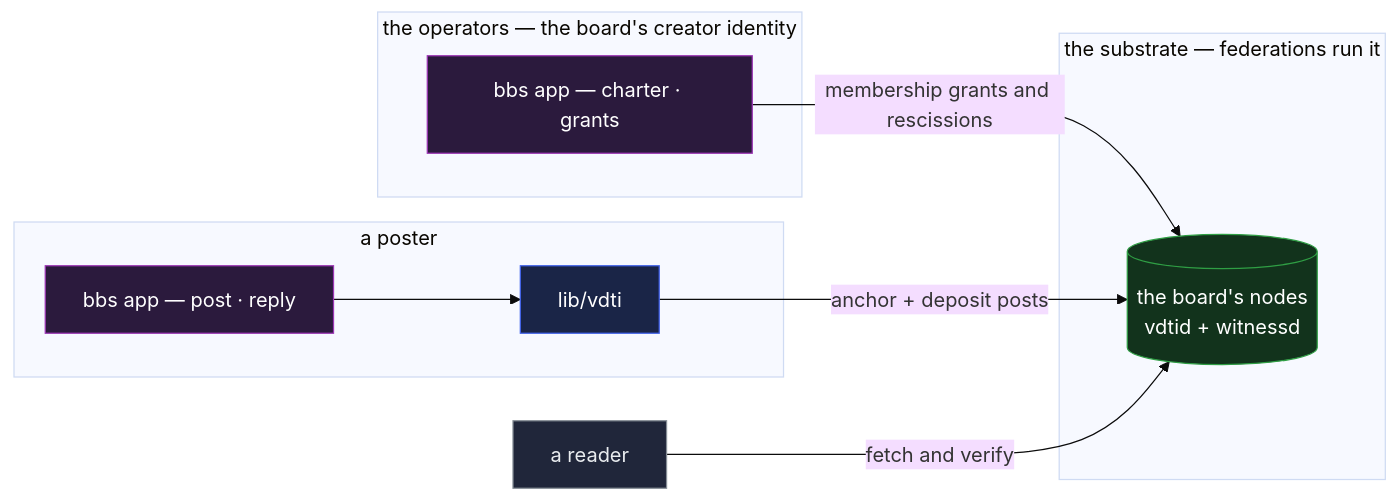
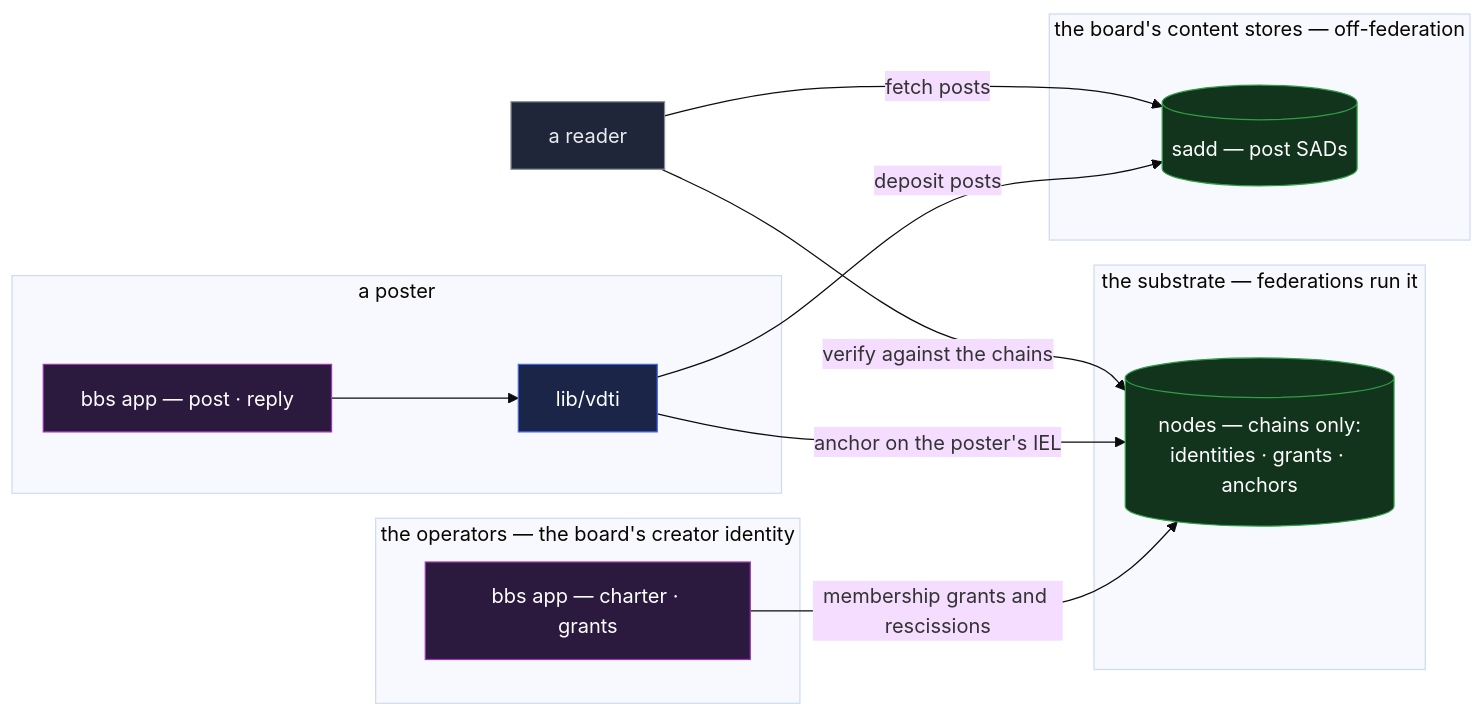
Before and after one commit to jasoncolburne/vdti: the diagram in docs/design/example-applications/bbs.md, drawn with Mermaid (base theme). The commit also changed other lines of this file and 79 other files, not shown here.

````diff
--- a/docs/design/example-applications/bbs.md
+++ b/docs/design/example-applications/bbs.md
@@ -11,21 +11,27 @@
 ```mermaid
 flowchart LR
   subgraph ops["the operators — the board's creator identity"]
     oapp["bbs app — charter · grants"]:::app
   end
   subgraph member["a poster"]
     papp["bbs app — post · reply"]:::app
     plib["lib/vdti"]:::lib
   end
   lurker["a reader"]:::ext
   subgraph sub["the substrate — federations run it"]
-    node[("the board's nodes<br/>vdtid + witnessd")]:::svc
+    node[("nodes — chains only:<br/>identities · grants · anchors")]:::svc
+  end
+  subgraph store["the board's content stores — off-federation"]
+    bstore[("sadd — post SADs")]:::svc
   end
   oapp -->|"membership grants and rescissions"| node
-  papp --> plib -->|"anchor + deposit posts"| node
-  lurker -->|"fetch and verify"| node
+  papp --> plib
+  plib -->|"anchor on the poster's IEL"| node
+  plib -->|"deposit posts"| bstore
+  lurker -->|"fetch posts"| bstore
+  lurker -->|"verify against the chains"| node
   classDef app fill:#2b1a3d,stroke:#9c36b5,color:#fff
   classDef lib fill:#1a2547,stroke:#4263eb,color:#fff
   classDef svc fill:#12331c,stroke:#2f9e44,color:#fff
   classDef ext fill:#20263a,stroke:#868e96,color:#e9ecef
 ```
````
